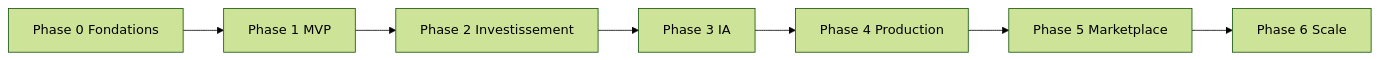
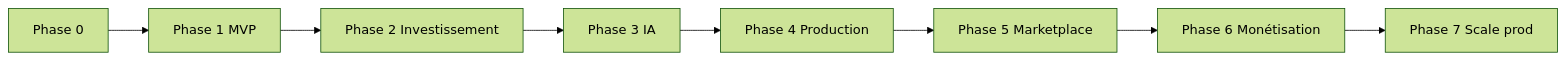
The diagram in docs/ROADMAP.md (drissaj97/immo), drawn with Mermaid (forest theme) before and after one commit. The commit also changed other lines of this file and 22 other files, not shown here.

````diff
--- a/docs/ROADMAP.md
+++ b/docs/ROADMAP.md
@@ -145,9 +89,10 @@
 ```mermaid
 flowchart LR
-    P0[Phase 0 Fondations] --> P1[Phase 1 MVP]
+    P0[Phase 0] --> P1[Phase 1 MVP]
     P1 --> P2[Phase 2 Investissement]
     P2 --> P3[Phase 3 IA]
     P3 --> P4[Phase 4 Production]
     P4 --> P5[Phase 5 Marketplace]
-    P5 --> P6[Phase 6 Scale]
+    P5 --> P6[Phase 6 Monétisation]
+    P6 --> P7[Phase 7 Scale prod]
 ```
````
